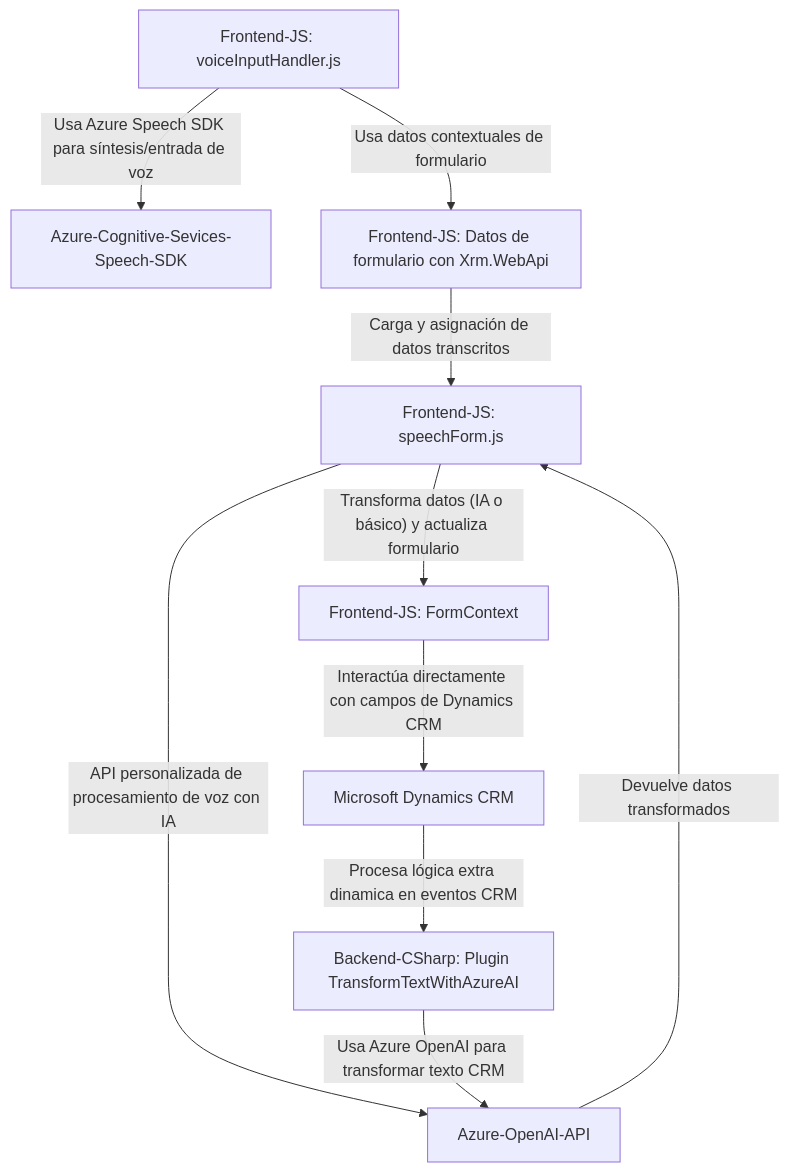
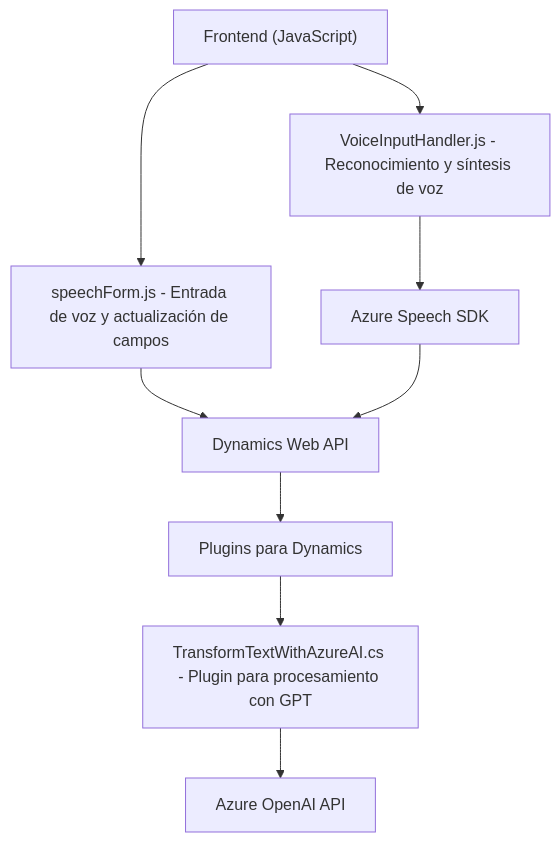
One commit to blopezdm/NETCORE_BILBAO2025 changed the diagram in README.md. Above: the diagram before and after it, drawn with Mermaid. The commit also changed other lines of this file, not shown here.

Commit message:
Actualizar análisis global de la solución con IA

````diff
--- a/README.md
+++ b/README.md
@@ -51,12 +48,20 @@
 ```mermaid
 graph TD
-    A["Frontend-JS: voiceInputHandler.js"] --"Usa Azure Speech SDK para síntesis/entrada de voz"--> B["Azure-Cognitive-Sevices-Speech-SDK"]
-    A --"Usa datos contextuales de formulario"--> C["Frontend-JS: Datos de formulario con Xrm.WebApi"]
-    C --"Carga y asignación de datos transcritos"--> D["Frontend-JS: speechForm.js"]
-    D --"API personalizada de procesamiento de voz con IA"--> E["Azure-OpenAI-API"]
-    E --"Devuelve datos transformados"--> D
-    D --"Transforma datos (IA o básico) y actualiza formulario"--> F["Frontend-JS: FormContext"]
-    F --"Interactúa directamente con campos de Dynamics CRM"--> G["Microsoft Dynamics CRM"]
-    G --"Procesa lógica extra dinamica en eventos CRM"--> H["Backend-CSharp: Plugin TransformTextWithAzureAI"]
-    H --"Usa Azure OpenAI para transformar texto CRM"--> E
+    A["Frontend (JavaScript)"]
+    B["VoiceInputHandler.js - Reconocimiento y síntesis de voz"]
+    C["speechForm.js - Entrada de voz y actualización de campos"]
+    D["Dynamics Web API"]
+    E["Plugins para Dynamics"]
+    F["TransformTextWithAzureAI.cs - Plugin para procesamiento con GPT"]
+    G["Azure OpenAI API"]
+    H["Azure Speech SDK"]
+
+    A --> B
+    A --> C
+    B --> H
+    C --> D
+    E --> F
+    F --> G
+    D --> E
+    H --> D
 ```
````
